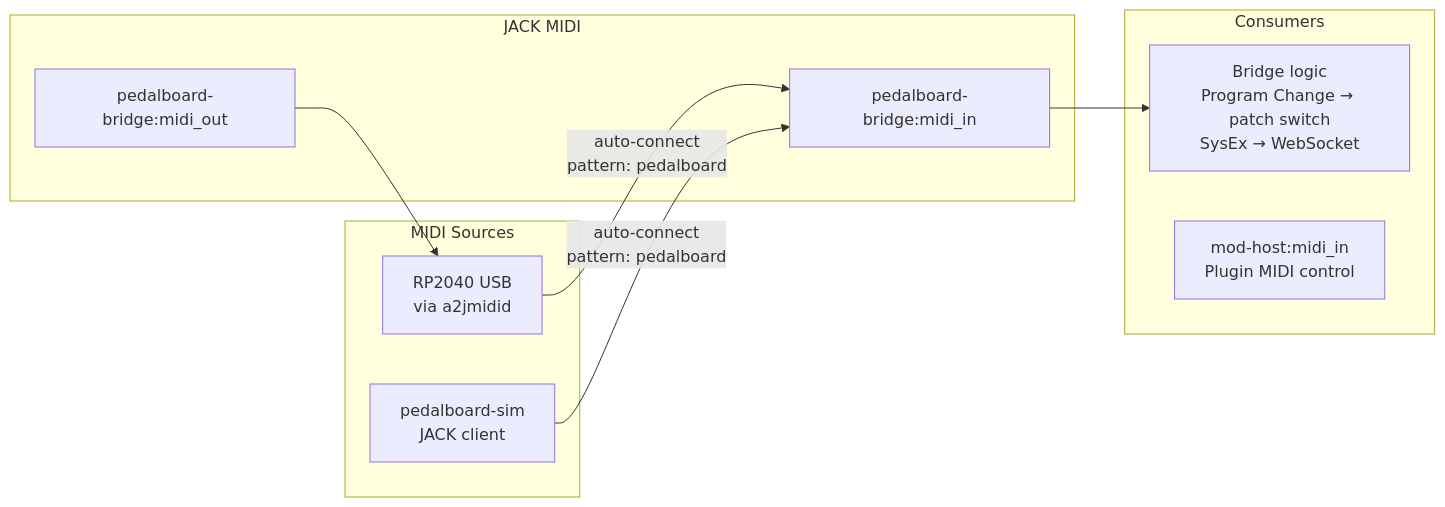
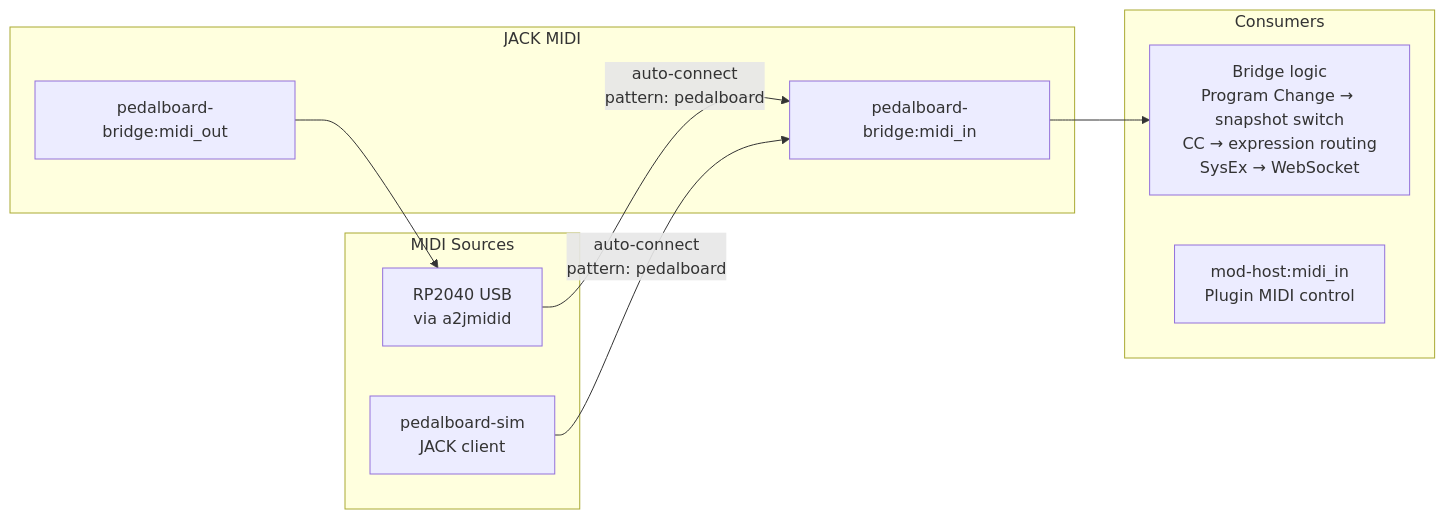
Before and after one commit to pedalboard/.github: the second of 4 diagrams in docs/software-architecture.md, drawn with Mermaid. The commit also changed other lines of this file, not shown here.

First line of the commit message:
docs: update software architecture for current state

````diff
--- a/docs/software-architecture.md
+++ b/docs/software-architecture.md
@@ -48,22 +48,22 @@
 ```mermaid
 graph LR
     subgraph "MIDI Sources"
         RP[RP2040 USB<br/>via a2jmidid]
         SIM[pedalboard-sim<br/>JACK client]
     end
 
     subgraph "JACK MIDI"
         IN[pedalboard-bridge:midi_in]
         OUT[pedalboard-bridge:midi_out]
     end
 
     subgraph "Consumers"
-        BRIDGE[Bridge logic<br/>Program Change → patch switch<br/>SysEx → WebSocket]
+        BRIDGE[Bridge logic<br/>Program Change → snapshot switch<br/>CC → expression routing<br/>SysEx → WebSocket]
         MODHOST[mod-host:midi_in<br/>Plugin MIDI control]
     end
 
     RP -->|auto-connect<br/>pattern: pedalboard| IN
     SIM -->|auto-connect<br/>pattern: pedalboard| IN
     IN --> BRIDGE
     OUT --> RP
 ```
````
